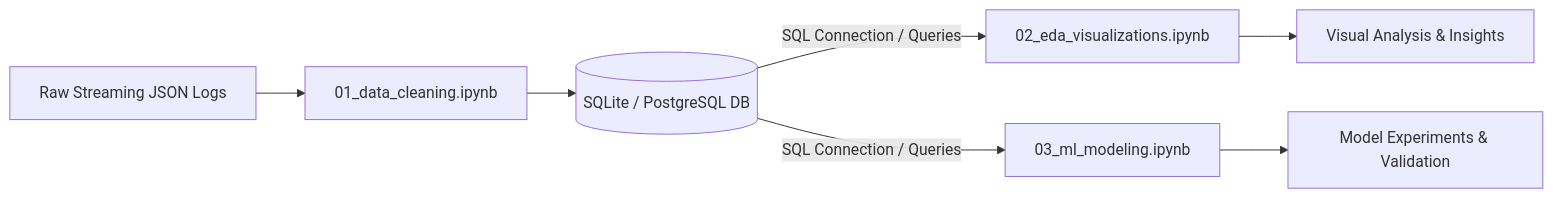
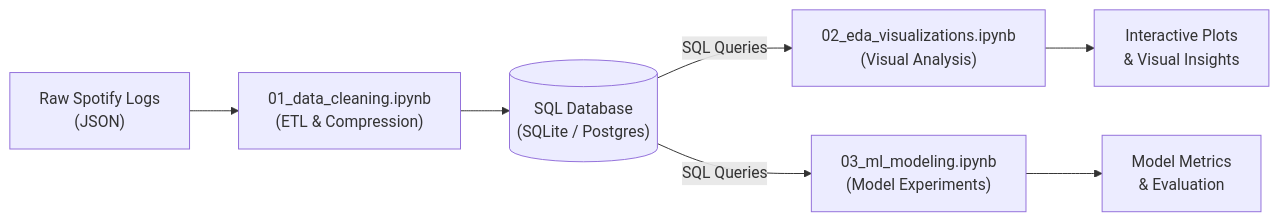
Before and after one commit to NotCatfish/Spotify-Analytics-Pipeline: the first of 2 diagrams in README.md, drawn with Mermaid. The commit also changed other lines of this file, not shown here.

Commit message:
docs: fix Mermaid diagram label truncation and font margins

````diff
--- a/README.md
+++ b/README.md
@@ -37,9 +37,9 @@
 ```mermaid
 flowchart LR
-    A[Raw Streaming JSON Logs] --> B[01_data_cleaning.ipynb]
-    B --> C[(SQLite / PostgreSQL DB)]
-    C -->|SQL Connection / Queries| D[02_eda_visualizations.ipynb]
-    C -->|SQL Connection / Queries| E[03_ml_modeling.ipynb]
-    D --> F[Visual Analysis & Insights]
-    E --> G[Model Experiments & Validation]
+    A["Raw Spotify Logs<br/>(JSON)"] --> B["01_data_cleaning.ipynb<br/>(ETL & Compression)"]
+    B --> C[("SQL Database<br/>(SQLite / Postgres)")]
+    C -->|"SQL Queries"| D["02_eda_visualizations.ipynb<br/>(Visual Analysis)"]
+    C -->|"SQL Queries"| E["03_ml_modeling.ipynb<br/>(Model Experiments)"]
+    D --> F["Interactive Plots<br/>& Visual Insights"]
+    E --> G["Model Metrics<br/>& Evaluation"]
 ```
````
